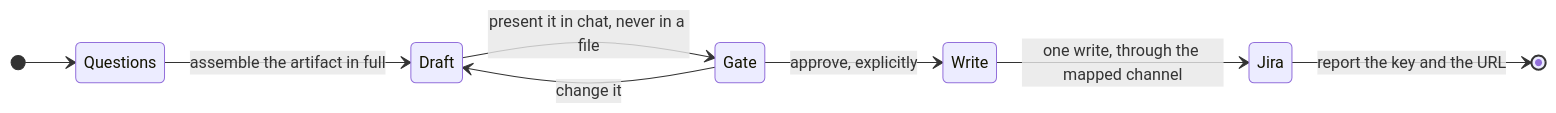
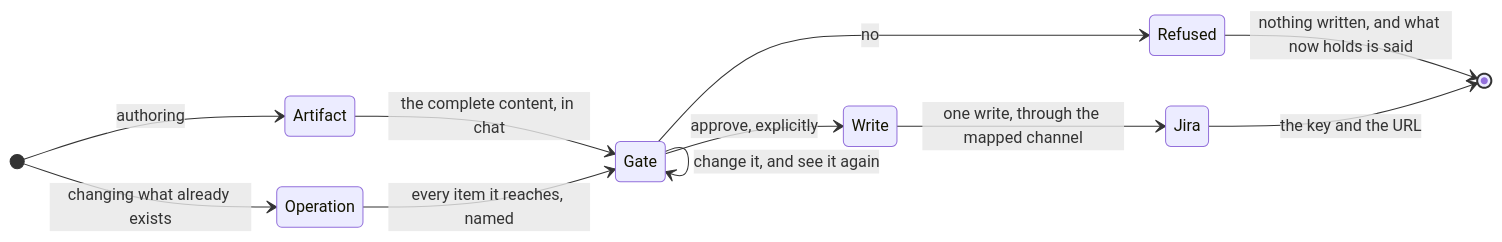
The third of 4 diagrams in docs/development-process.md (codeskine/jira-skills), drawn with Mermaid before and after one commit. The commit also changed other lines of this file and 25 other files, not shown here.

````diff
--- a/docs/development-process.md
+++ b/docs/development-process.md
@@ -106,11 +106,14 @@
 ```mermaid
 stateDiagram-v2
     direction LR
-    [*] --> Questions
-    Questions --> Draft : assemble the artifact in full
-    Draft --> Gate : present it in chat, never in a file
-    Gate --> Draft : change it
+    [*] --> Artifact : authoring
+    [*] --> Operation : changing what already exists
+    Artifact --> Gate : the complete content, in chat
+    Operation --> Gate : every item it reaches, named
+    Gate --> Gate : change it, and see it again
+    Gate --> Refused : no
     Gate --> Write : approve, explicitly
+    Refused --> [*] : nothing written, and what now holds is said
     Write --> Jira : one write, through the mapped channel
-    Jira --> [*] : report the key and the URL
+    Jira --> [*] : the key and the URL
 ```
````
